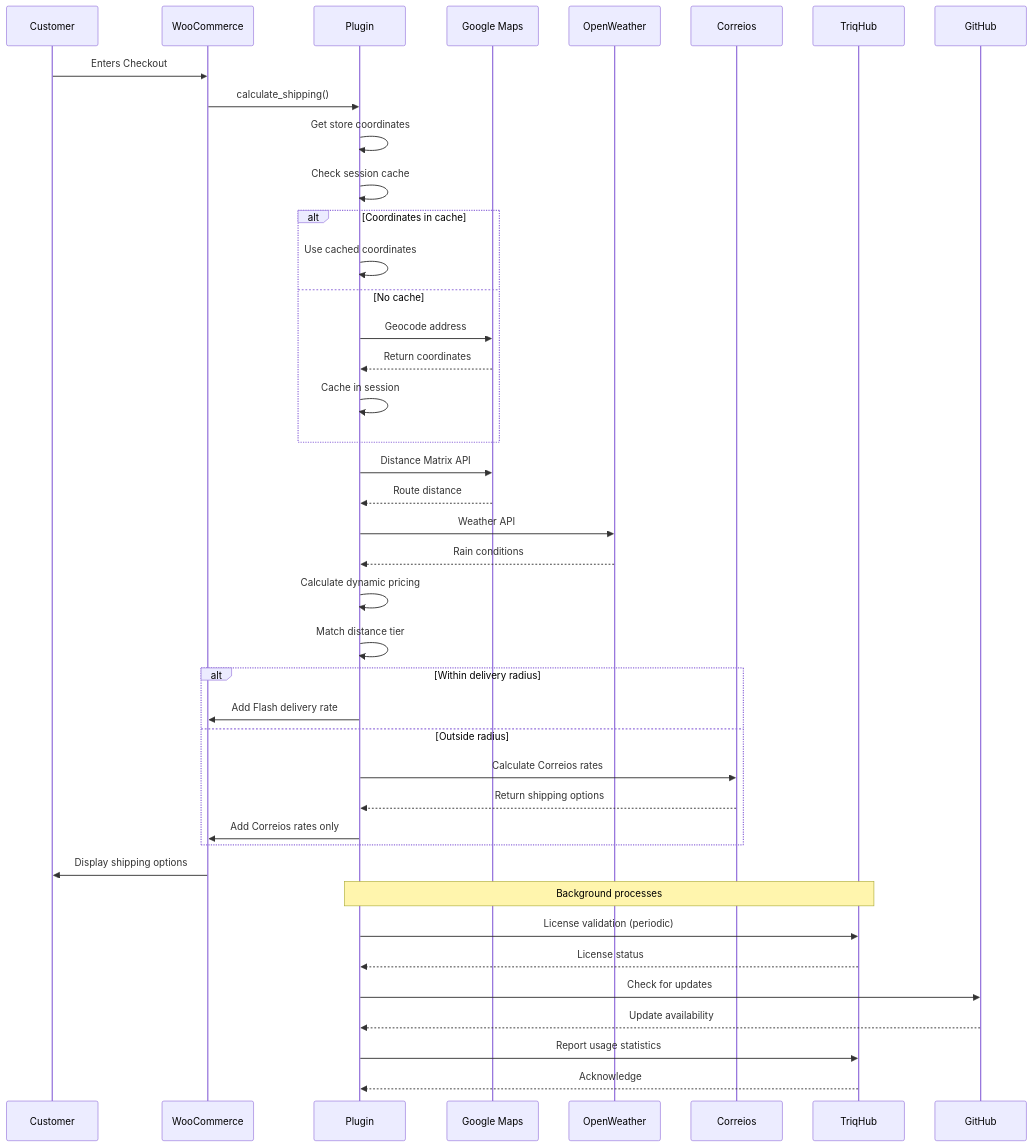
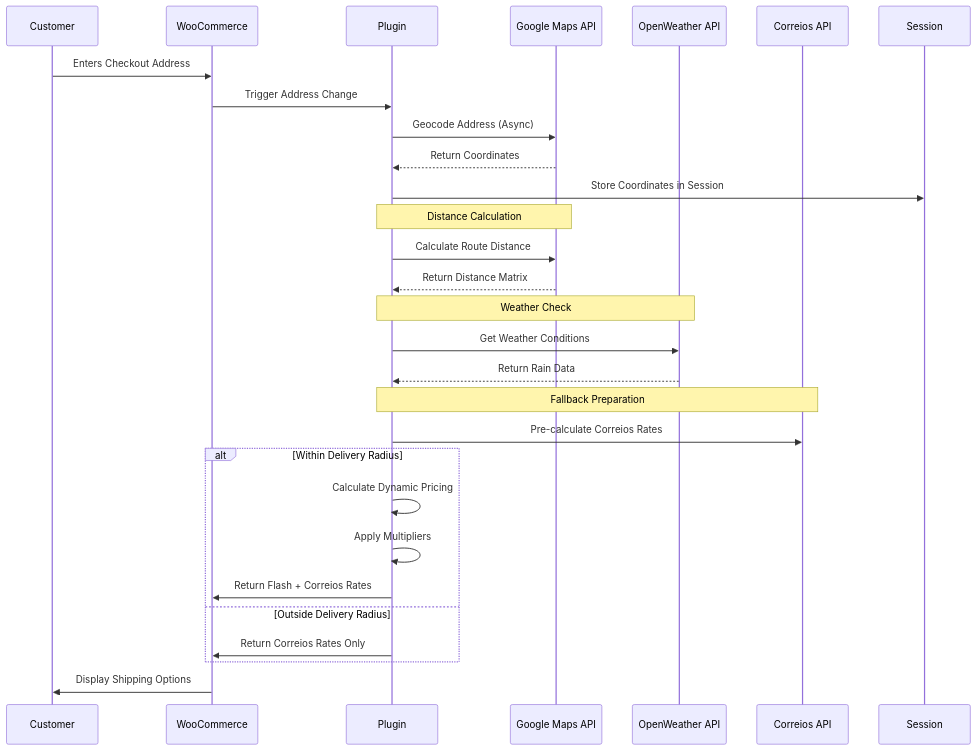
One commit to gustavofullstack/Woo_envios changed the second of 2 diagrams in docs/CONNECTIVITY.md. Above: the diagram before and after it, drawn with Mermaid. The commit also changed other lines of this file and 5 other files, not shown here.

````diff
--- a/docs/CONNECTIVITY.md
+++ b/docs/CONNECTIVITY.md
@@ -401,54 +444,37 @@
 ```mermaid
 sequenceDiagram
     participant C as Customer
     participant WC as WooCommerce
     participant P as Plugin
-    participant GM as Google Maps
-    participant OW as OpenWeather
-    participant CF as Correios
-    participant TH as TriqHub
-    participant GH as GitHub
-
-    C->>WC: Enters Checkout
-    WC->>P: calculate_shipping()
+    participant GM as Google Maps API
+    participant OW as OpenWeather API
+    participant CF as Correios API
+    participant S as Session
     
-    P->>P: Get store coordinates
-    P->>P: Check session cache
+    C->>WC: Enters Checkout Address
+    WC->>P: Trigger Address Change
+    P->>GM: Geocode Address (Async)
+    GM-->>P: Return Coordinates
+    P->>S: Store Coordinates in Session
     
-    alt Coordinates in cache
-        P->>P: Use cached coordinates
-    else No cache
-        P->>GM: Geocode address
-        GM-->>P: Return coordinates
-        P->>P: Cache in session
+    Note over P,GM: Distance Calculation
+    P->>GM: Calculate Route Distance
+    GM-->>P: Return Distance Matrix
+    
+    Note over P,OW: Weather Check
+    P->>OW: Get Weather Conditions
+    OW-->>P: Return Rain Data
+    
+    Note over P,CF: Fallback Preparation
+    P->>CF: Pre-calculate Correios Rates
+    
+    alt Within Delivery Radius
+        P->>P: Calculate Dynamic Pricing
+        P->>P: Apply Multipliers
+        P->>WC: Return Flash + Correios Rates
+    else Outside Delivery Radius
+        P->>WC: Return Correios Rates Only
     end
     
-    P->>GM: Distance Matrix API
-    GM-->>P: Route distance
-    
-    P->>OW: Weather API
-    OW-->>P: Rain conditions
-    
-    P->>P: Calculate dynamic pricing
-    P->>P: Match distance tier
-    
-    alt Within delivery radius
-        P->>WC: Add Flash delivery rate
-    else Outside radius
-        P->>CF: Calculate Correios rates
-        CF-->>P: Return shipping options
-        P->>WC: Add Correios rates only
-    end
-    
-    WC->>C: Display shipping options
-    
-    Note over P,TH: Background processes
-    P->>TH: License validation (periodic)
-    TH-->>P: License status
-    
-    P->>GH: Check for updates
-    GH-->>P: Update availability
-    
-    P->>TH: Report usage statistics
-    TH-->>P: Acknowledge
+    WC->>C: Display Shipping Options
 ```
````
